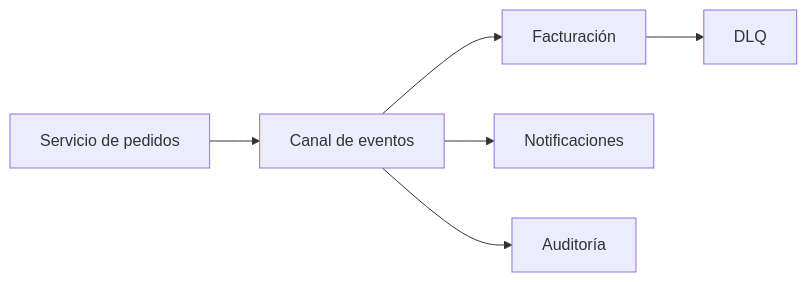
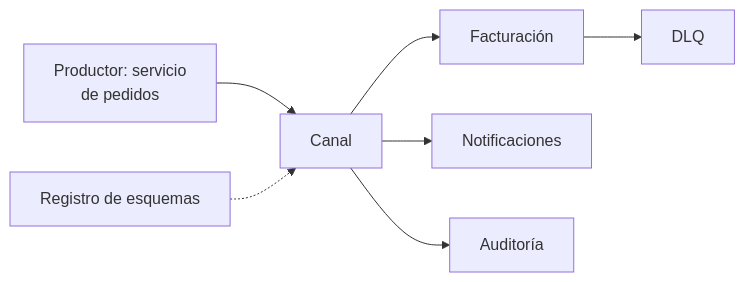
The first of 3 diagrams in content/architectures/event-driven-architecture.md (fcp4891/de-knowledge-hub), drawn with Mermaid before and after one commit. The commit also changed other lines of this file and 13 other files, not shown here.

````diff
--- a/content/architectures/event-driven-architecture.md
+++ b/content/architectures/event-driven-architecture.md
@@ -123,8 +123,9 @@
 ```mermaid
 flowchart LR
-  P["Servicio de pedidos"] --> C["Canal de eventos"]
+  P["Productor: servicio<br/>de pedidos"] --> C["Canal"]
   C --> F["Facturación"]
   C --> N["Notificaciones"]
   C --> A["Auditoría"]
   F --> D["DLQ"]
+  R["Registro de esquemas"] -.-> C
 ```
````
